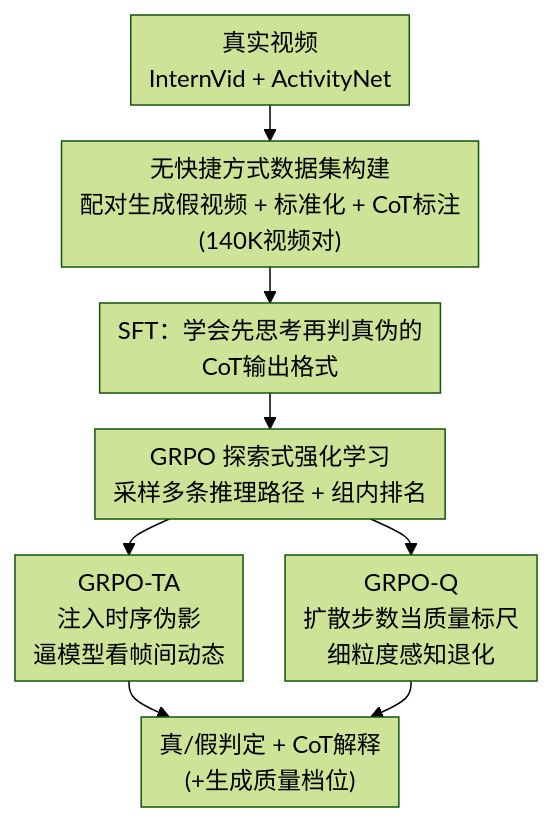
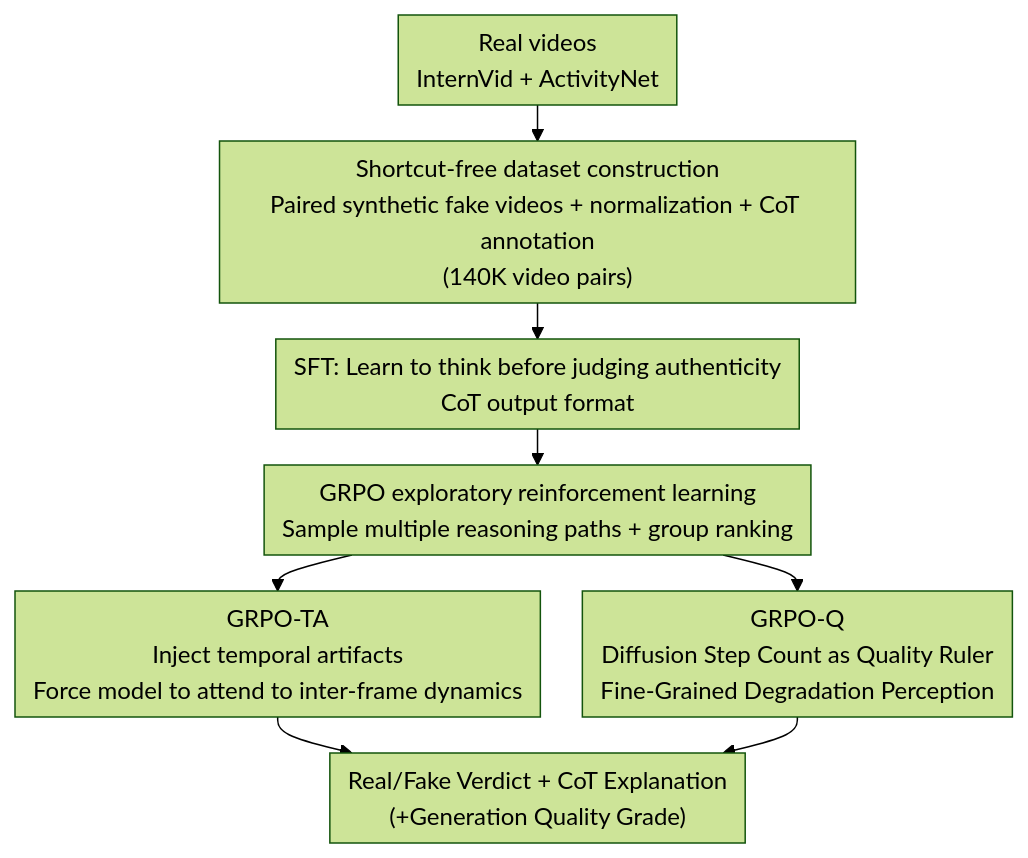
Before and after one commit to zhaoyang97/Paper-Notes-en: the diagram in docs/ICLR2026/vlm_reasoning/vidguard-r1_ai-generated_video_detection_and_explanation_via_reasoning_mllms_and.md, drawn with Mermaid (forest theme). The commit also changed other lines of this file and 644 other files, not shown here.

````diff
--- a/docs/ICLR2026/vlm_reasoning/vidguard-r1_ai-generated_video_detection_and_explanation_via_reasoning_mllms_and.md
+++ b/docs/ICLR2026/vlm_reasoning/vidguard-r1_ai-generated_video_detection_and_explanation_via_reasoning_mllms_and.md
@@ -51,11 +51,11 @@
 ```mermaid
 %%{init: {'flowchart': {'rankSpacing': 24, 'nodeSpacing': 28, 'padding': 6, 'wrappingWidth': 400}}}%%
 flowchart TD
-    A["真实视频<br/>InternVid + ActivityNet"] --> B["无快捷方式数据集构建<br/>配对生成假视频 + 标准化 + CoT标注<br/>(140K视频对)"]
-    B --> C["SFT：学会先思考再判真伪的<br/>CoT输出格式"]
-    C --> D["GRPO 探索式强化学习<br/>采样多条推理路径 + 组内排名"]
-    D --> E["GRPO-TA<br/>注入时序伪影<br/>逼模型看帧间动态"]
-    D --> F["GRPO-Q<br/>扩散步数当质量标尺<br/>细粒度感知退化"]
-    E --> G["真/假判定 + CoT解释<br/>(+生成质量档位)"]
+    A["Real videos<br/>InternVid + ActivityNet"] --> B["Shortcut-free dataset construction<br/>Paired synthetic fake videos + normalization + CoT annotation<br/>(140K video pairs)"]
+    B --> C["SFT: Learn to think before judging authenticity<br/>CoT output format"]
+    C --> D["GRPO exploratory reinforcement learning<br/>Sample multiple reasoning paths + group ranking"]
+    D --> E["GRPO-TA<br/>Inject temporal artifacts<br/>Force model to attend to inter-frame dynamics"]
+    D --> F["GRPO-Q<br/>Diffusion Step Count as Quality Ruler<br/>Fine-Grained Degradation Perception"]
+    E --> G["Real/Fake Verdict + CoT Explanation<br/>(+Generation Quality Grade)"]
     F --> G
 ```
````
